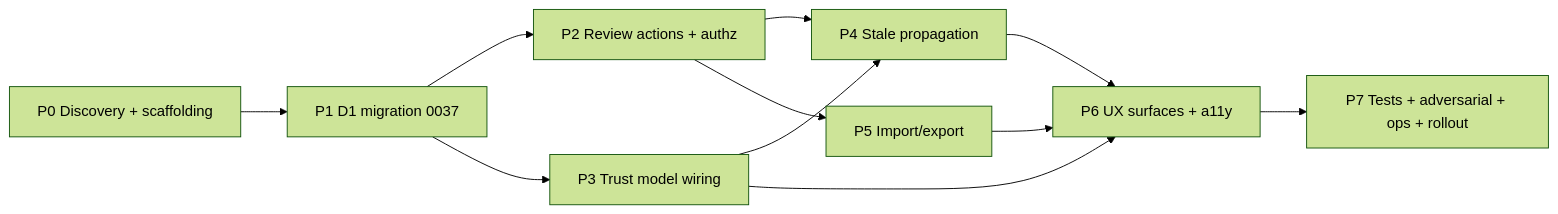
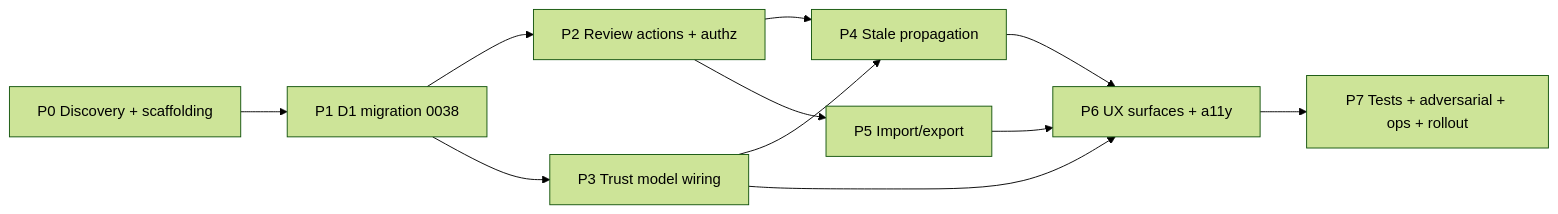
One commit to pjel888/archestimator changed the diagram in .ai/03_plans/2026-07-07-cost-library-data-governance-and-source-trust/11_IMPLEMENTATION_PLAN.md. Above: the diagram before and after it, drawn with Mermaid (forest theme). The commit also changed other lines of this file and 146 other files, not shown here.

````diff
--- a/.ai/03_plans/2026-07-07-cost-library-data-governance-and-source-trust/11_IMPLEMENTATION_PLAN.md
+++ b/.ai/03_plans/2026-07-07-cost-library-data-governance-and-source-trust/11_IMPLEMENTATION_PLAN.md
@@ -7,13 +7,13 @@
 ```mermaid
 graph LR
-  P0[P0 Discovery + scaffolding] --> P1[P1 D1 migration 0037]
+  P0[P0 Discovery + scaffolding] --> P1[P1 D1 migration 0038]
   P1 --> P2[P2 Review actions + authz]
   P1 --> P3[P3 Trust model wiring]
   P2 --> P4[P4 Stale propagation]
   P3 --> P4
   P2 --> P5[P5 Import/export]
   P4 --> P6[P6 UX surfaces + a11y]
   P3 --> P6
   P5 --> P6
   P6 --> P7[P7 Tests + adversarial + ops + rollout]
 ```
````
